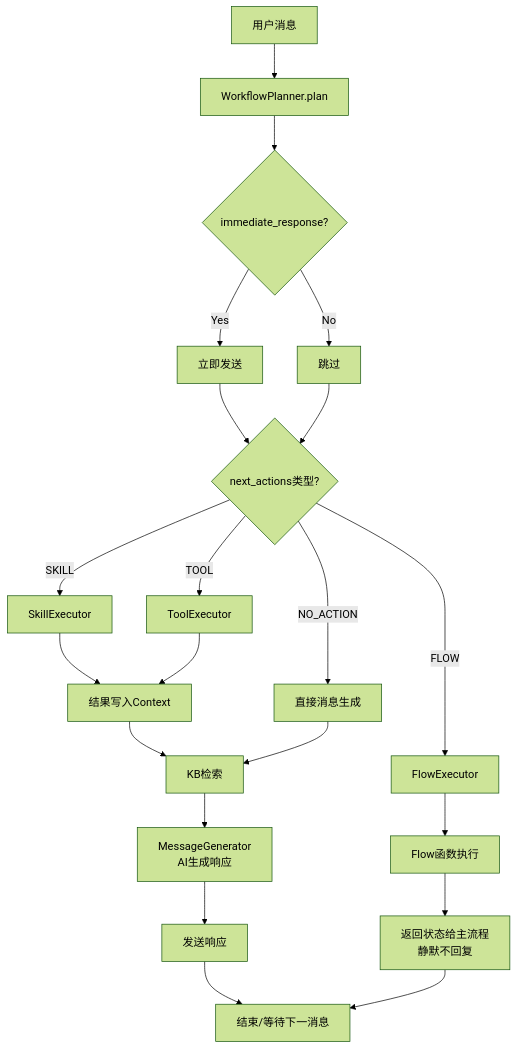
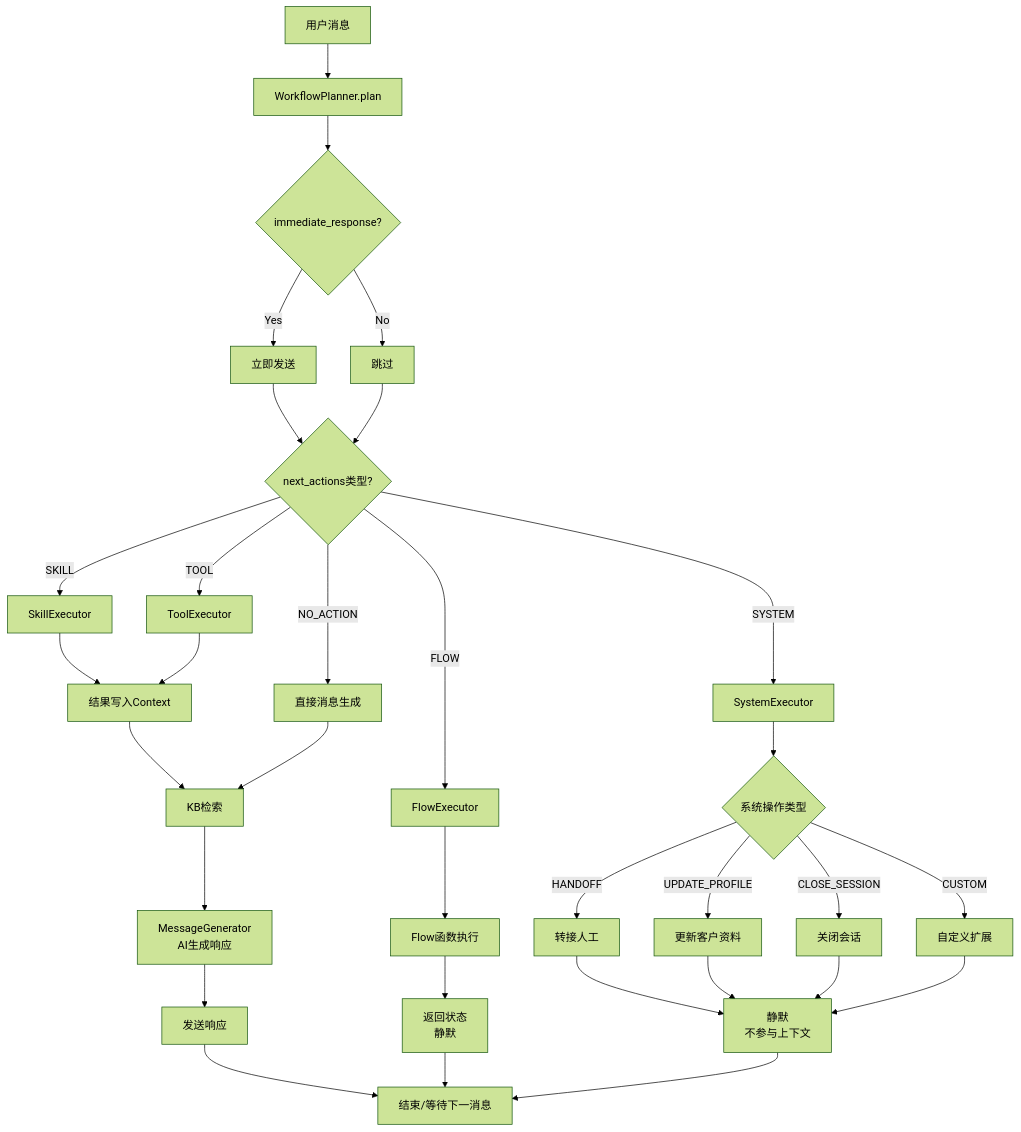
One commit to Nunchakus888/parlant changed the fourth of 6 diagrams in notebooks/v7-feasibility.md. Above: the diagram before and after it, drawn with Mermaid (forest theme). The commit also changed other lines of this file, not shown here.

Commit message:
workflow: system-actions

````diff
--- a/notebooks/v7-feasibility.md
+++ b/notebooks/v7-feasibility.md
@@ -418,31 +419,44 @@
 ```mermaid
 flowchart TB
     A[用户消息] --> B[WorkflowPlanner.plan]
     
     B --> C{immediate_response?}
     C -->|Yes| D[立即发送]
     C -->|No| E[跳过]
     
     D --> F{next_actions类型?}
     E --> F
     
     F -->|SKILL| G[SkillExecutor]
     F -->|TOOL| H[ToolExecutor]
     F -->|FLOW| I[FlowExecutor]
+    F -->|SYSTEM| R[SystemExecutor]
     F -->|NO_ACTION| J[直接消息生成]
     
     G --> K[结果写入Context]
     H --> K
     
     K --> L[KB检索]
     L --> M[MessageGenerator<br/>AI生成响应]
     M --> N[发送响应]
     
     I --> O[Flow函数执行]
-    O --> Q[返回状态给主流程<br/>静默不回复]
+    O --> Q[返回状态<br/>静默]
+    
+    R --> S{系统操作类型}
+    S -->|HANDOFF| S1[转接人工]
+    S -->|UPDATE_PROFILE| S2[更新客户资料]
+    S -->|CLOSE_SESSION| S3[关闭会话]
+    S -->|CUSTOM| S4[自定义扩展]
+    
+    S1 --> T[静默<br/>不参与上下文]
+    S2 --> T
+    S3 --> T
+    S4 --> T
     
     J --> L
     
     N --> P[结束/等待下一消息]
     Q --> P
+    T --> P
 ```
````
